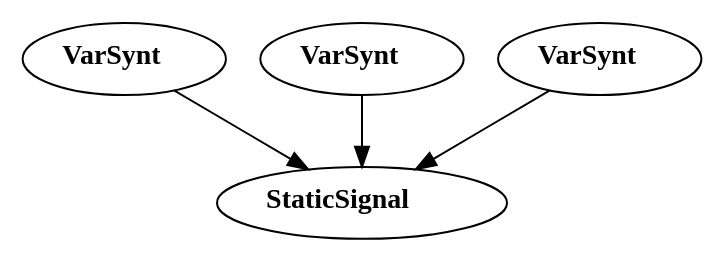
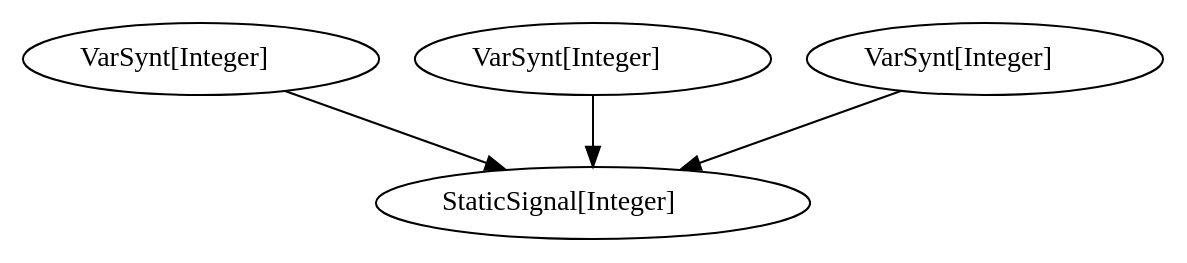
One commit to rescala-lang/REScala changed the diagram in REScala/logs/starter.dot. Above: the diagram before and after it, drawn with Graphviz. The commit also changed 2 other files, not shown here.

Commit message:
Graph visualizing: workaround for determining generic type parametrs at runtime

```diff
--- a/REScala/logs/starter.dot
+++ b/REScala/logs/starter.dot
@@ -1,9 +1,9 @@
 digraph G {
-548555930 [label=<<B>VarSynt</B>>]
-55737418 [label=<<B>VarSynt</B>>]
-475914234 [label=<<B>VarSynt</B>>]
-1649154478 [label=<<B>StaticSignal</B>>]
-548555930 -> 1649154478
-55737418 -> 1649154478
-475914234 -> 1649154478
+503457264 [label=<VarSynt[Integer]>]
+1803412942 [label=<VarSynt[Integer]>]
+377122436 [label=<VarSynt[Integer]>]
+2023748625 [label=<StaticSignal[Integer]>]
+503457264 -> 2023748625
+1803412942 -> 2023748625
+377122436 -> 2023748625
 }
```
